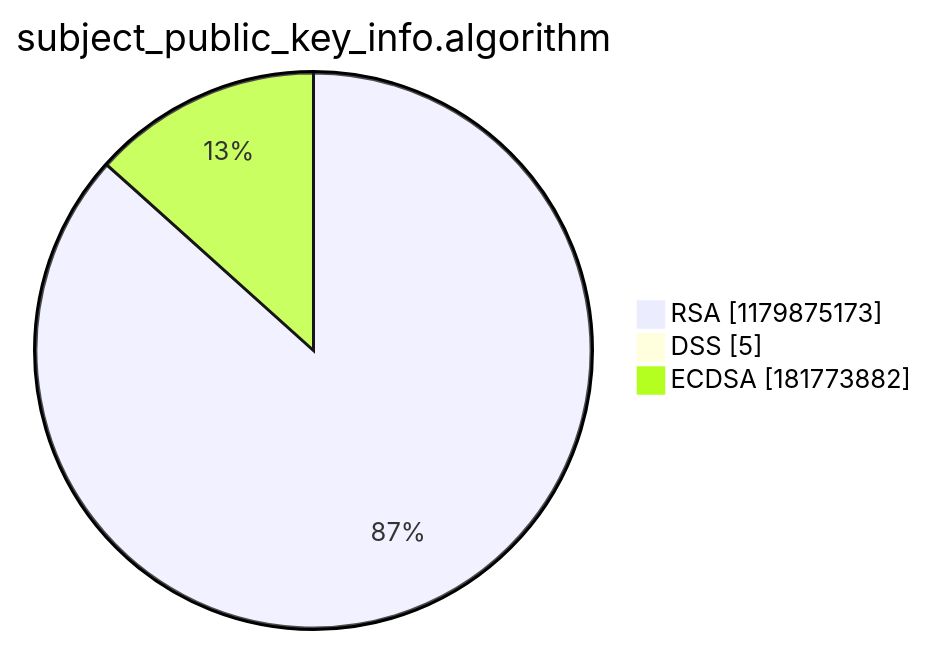
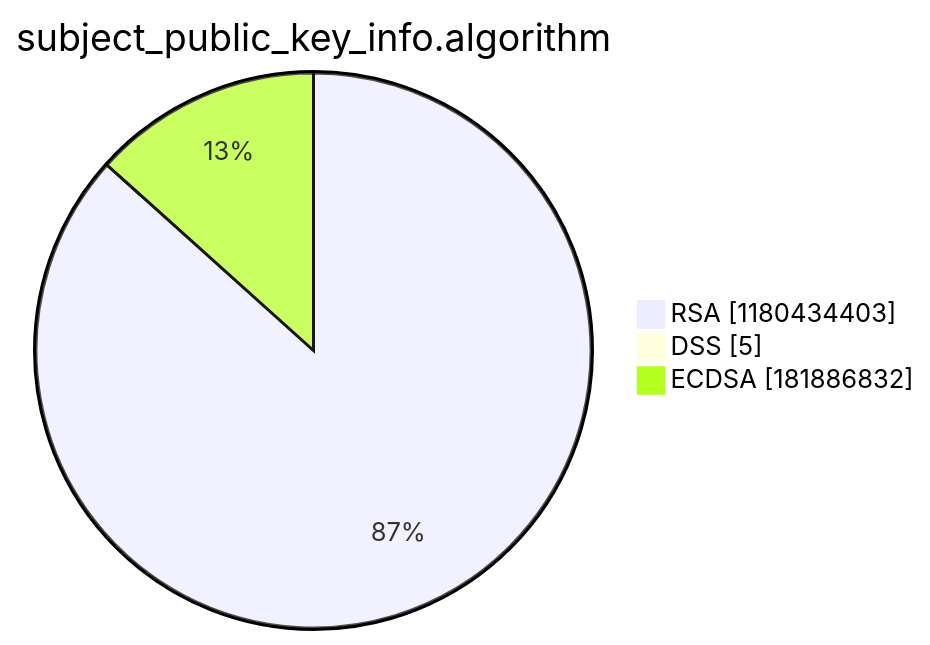
Before and after one commit to christiankrug/ctmonitor_visualization: the third of 15 diagrams in argon2022/README.md, drawn with Mermaid. The commit also changed other lines of this file, not shown here.

````diff
--- a/argon2022/README.md
+++ b/argon2022/README.md
@@ -14,7 +14,7 @@
 ```mermaid
 pie showData
 title subject_public_key_info.algorithm
-"RSA" :1179875173
+"RSA" :1180434403
 "DSS" :5
-"ECDSA" :181773882
+"ECDSA" :181886832
 ```
````
